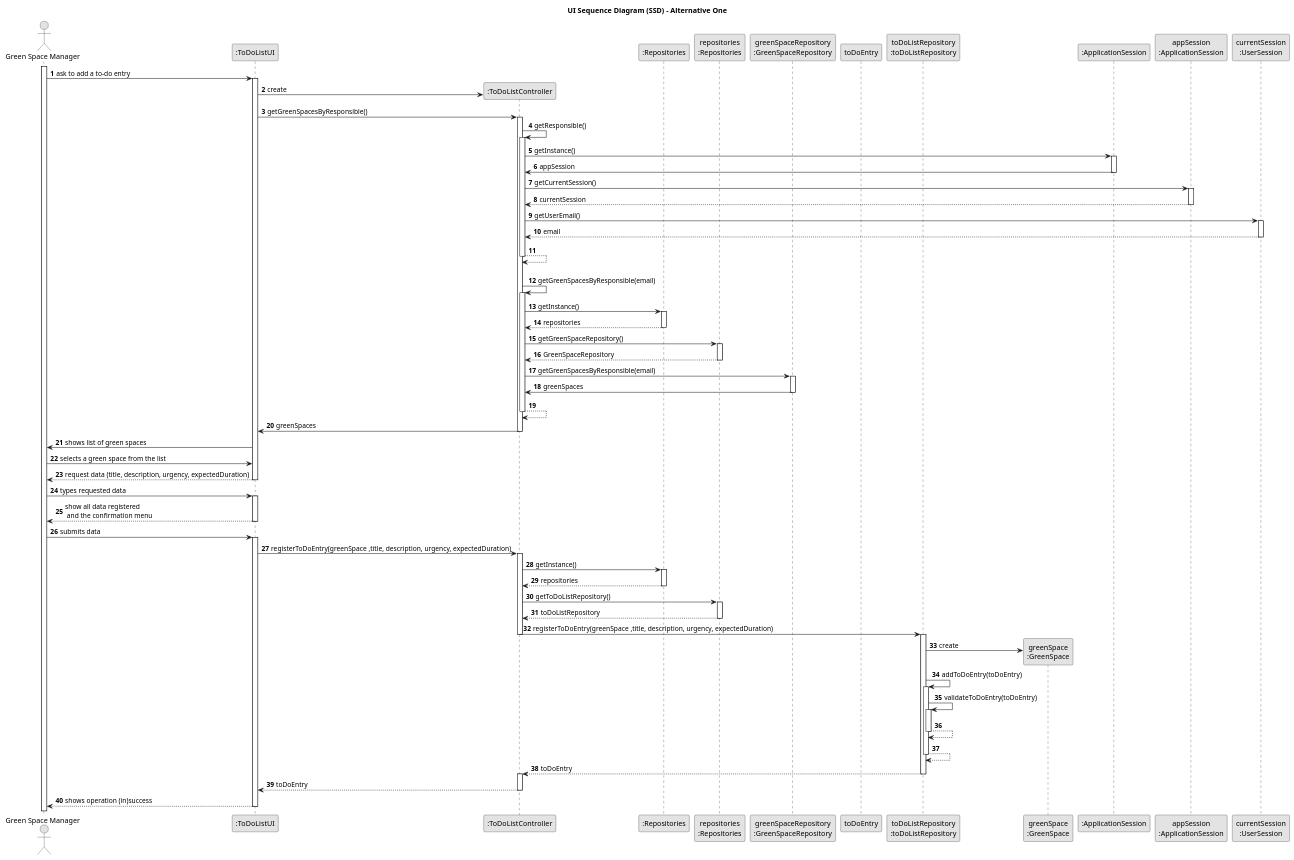
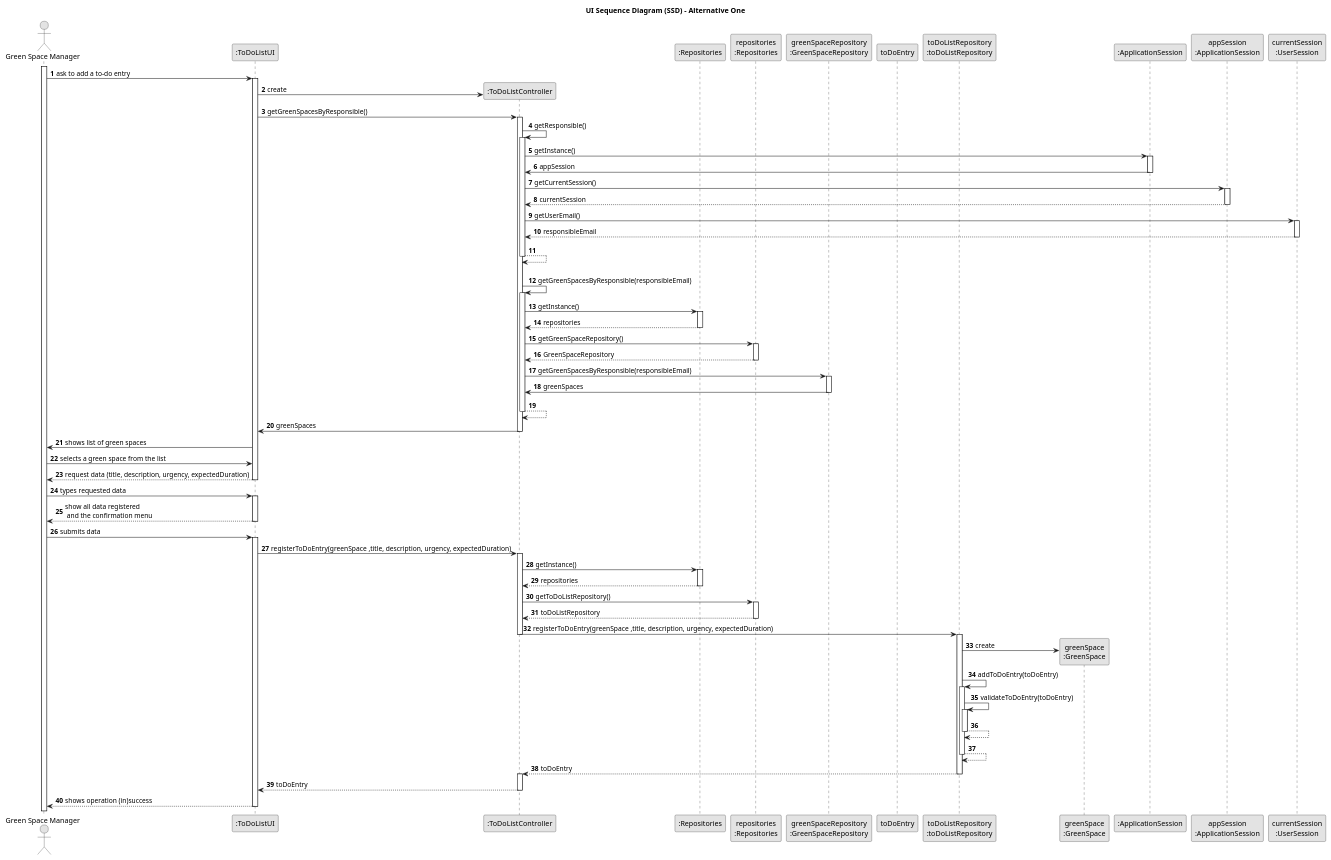
The diagram in docs/sprintC/us021/03.design/puml/us021-sequence-diagram-full.puml (SAEmanuel/Green_Spaces_Management_ISEP), drawn with PlantUML before and after one commit. The commit also changed 7 other files, not shown here.

```diff
--- a/docs/sprintC/us021/03.design/puml/us021-sequence-diagram-full.puml
+++ b/docs/sprintC/us021/03.design/puml/us021-sequence-diagram-full.puml
@@ -1,148 +1,148 @@
 @startuml
 skinparam monochrome true
 skinparam packageStyle rectangle
 skinparam shadowing false
 
 title UI Sequence Diagram (SSD) - Alternative One
 
 autonumber
 
 actor "Green Space Manager" as Employee
 participant ":ToDoListUI" as UI
 participant ":ToDoListController" as CTRL
 participant ":Repositories" as RepositorySingleton
 participant "repositories\n:Repositories" as PLAT
 participant "greenSpaceRepository\n:GreenSpaceRepository" as GREENSpaceRepository
 participant "toDoEntry" as ENTRY
 participant "toDoListRepository\n:toDoListRepository" as toDoListRepository
 participant "greenSpace\n:GreenSpace" as GREEN
 participant ":ApplicationSession" as _APP
 participant "appSession\n:ApplicationSession" as APP
 participant "currentSession\n:UserSession" as SESSAO
 
 activate Employee
 
     Employee -> UI : ask to add a to-do entry
     activate UI
 
     UI -> CTRL** : create
 
     UI -> CTRL : getGreenSpacesByResponsible()
     activate CTRL
 
     CTRL -> CTRL : getResponsible()
     activate CTRL
 
                     CTRL -> _APP: getInstance()
                     activate _APP
                         _APP -> CTRL: appSession
                     deactivate _APP
 
 
                     CTRL -> APP: getCurrentSession()
                     activate APP
 
                         APP --> CTRL: currentSession
                     deactivate APP
 
                     CTRL -> SESSAO: getUserEmail()
                     activate SESSAO
 
-                        SESSAO --> CTRL: email
+                        SESSAO --> CTRL: responsibleEmail
                     deactivate SESSAO
                     CTRL --> CTRL
                     deactivate CTRL
                     |||
 
-                    CTRL -> CTRL : getGreenSpacesByResponsible(email)
+                    CTRL -> CTRL : getGreenSpacesByResponsible(responsibleEmail)
                     activate CTRL
 
                     CTRL -> RepositorySingleton : getInstance()
                     activate RepositorySingleton
 
                     RepositorySingleton --> CTRL: repositories
                     deactivate RepositorySingleton
 
                     CTRL -> PLAT : getGreenSpaceRepository()
                     activate PLAT
 
                     PLAT --> CTRL: GreenSpaceRepository
                     deactivate PLAT
 
-                    CTRL -> GREENSpaceRepository : getGreenSpacesByResponsible(email)
+                    CTRL -> GREENSpaceRepository : getGreenSpacesByResponsible(responsibleEmail)
 
                     activate GREENSpaceRepository
 
                     GREENSpaceRepository -> CTRL : greenSpaces
                     deactivate GREENSpaceRepository
                     CTRL --> CTRL
                     deactivate CTRL
 
 
                     CTRL -> UI : greenSpaces
 
                     deactivate CTRL
 
 
         UI -> Employee : shows list of green spaces
 
         Employee -> UI : selects a green space from the list
 
         UI --> Employee : request data (title, description, urgency, expectedDuration)
     deactivate UI
 
     Employee -> UI : types requested data
 
     activate UI
 
         UI --> Employee : show all data registered\n and the confirmation menu
     deactivate UI
 
     Employee -> UI : submits data
     activate UI
 
     UI -> CTRL : registerToDoEntry(greenSpace ,title, description, urgency, expectedDuration)
     activate CTRL
 
 
 
         CTRL -> RepositorySingleton : getInstance()
         activate RepositorySingleton
 
         RepositorySingleton --> CTRL: repositories
         deactivate RepositorySingleton
 
         CTRL -> PLAT : getToDoListRepository()
         activate PLAT
 
         PLAT --> CTRL: toDoListRepository
         deactivate PLAT
 
     CTRL -> toDoListRepository : registerToDoEntry(greenSpace ,title, description, urgency, expectedDuration)
       deactivate CTRL
     activate toDoListRepository
 
     toDoListRepository -> GREEN** : create
 
     toDoListRepository -> toDoListRepository : addToDoEntry(toDoEntry)
     activate toDoListRepository
 
     toDoListRepository -> toDoListRepository : validateToDoEntry(toDoEntry)
     activate toDoListRepository
 
     toDoListRepository --> toDoListRepository
     deactivate toDoListRepository
     toDoListRepository --> toDoListRepository
     deactivate toDoListRepository
 
     toDoListRepository --> CTRL : toDoEntry
     deactivate toDoListRepository
 
     activate CTRL
     CTRL --> UI : toDoEntry
     deactivate CTRL
 
         UI --> Employee : shows operation (in)success
     deactivate UI
 
 @enduml
```
